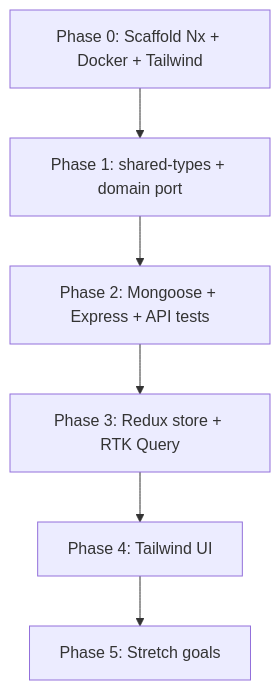
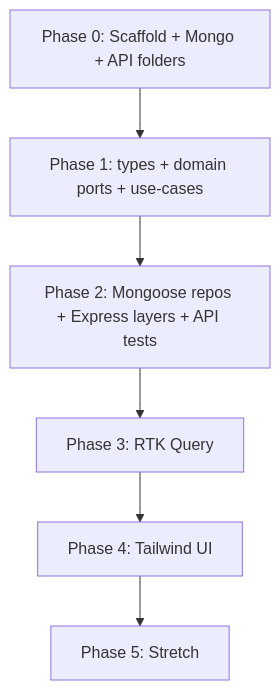
One commit to carloswimmer/event-platform changed the diagram in .cursor/plan.md. Above: the diagram before and after it, drawn with Mermaid. The commit also changed other lines of this file and 120 other files, not shown here.

First line of the commit message:
Reorganize the monorepo into apps/ and libs/ and scaffold the API.

````diff
--- a/.cursor/plan.md
+++ b/.cursor/plan.md
@@ -501,8 +431,8 @@
 ```mermaid
 flowchart TD
-    A[Phase 0: Scaffold Nx + Docker + Tailwind] --> B[Phase 1: shared-types + domain port]
-    B --> C[Phase 2: Mongoose + Express + API tests]
-    C --> D[Phase 3: Redux store + RTK Query]
+    A[Phase 0: Scaffold + Mongo + API folders] --> B[Phase 1: types + domain ports + use-cases]
+    B --> C[Phase 2: Mongoose repos + Express layers + API tests]
+    C --> D[Phase 3: RTK Query]
     D --> E[Phase 4: Tailwind UI]
-    E --> F[Phase 5: Stretch goals]
+    E --> F[Phase 5: Stretch]
 ```
````
